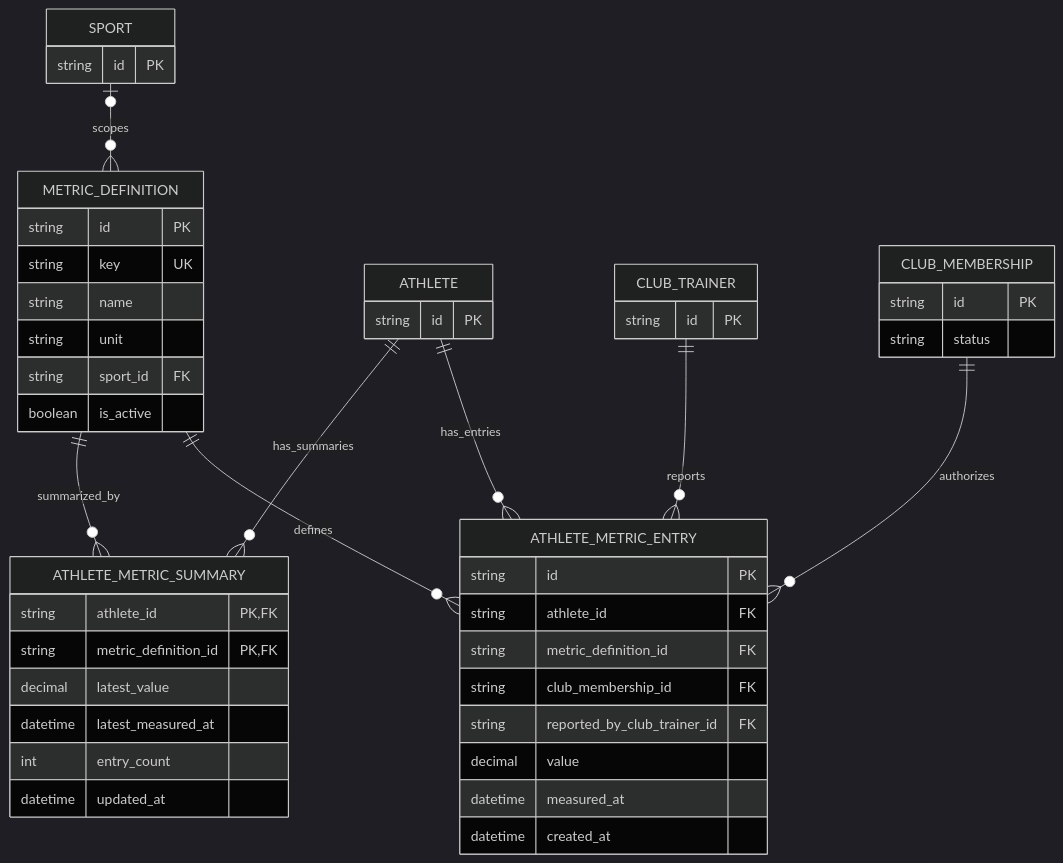
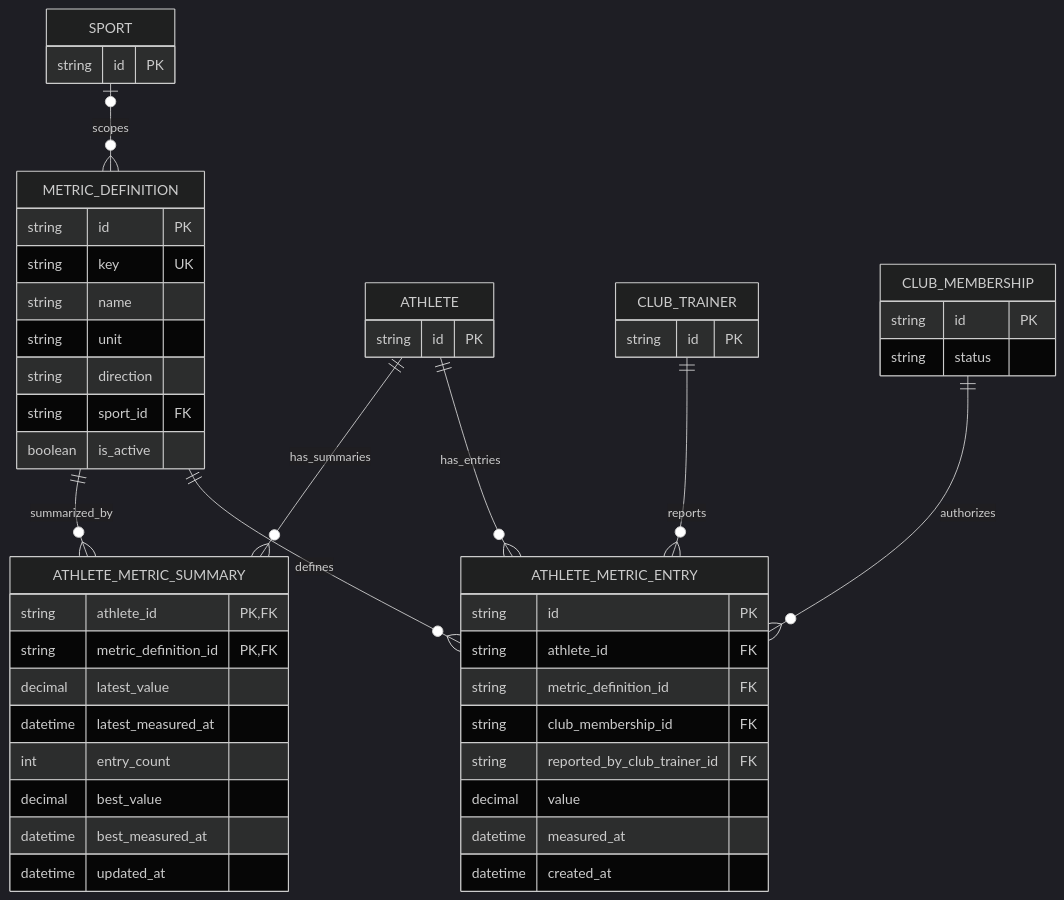
The diagram in docs/erm/sport-metrics.mmd (kamiloc/tetrades), drawn with Mermaid before and after one commit. The commit also changed 17 other files, not shown here.

```diff
--- a/docs/erm/sport-metrics.mmd
+++ b/docs/erm/sport-metrics.mmd
@@ -1,68 +1,71 @@
 ---
 config:
   theme: dark
   layout: dagre
 ---
 
 %% Fragment: sport-metrics. Canonical entities are complete; REFERENCE ONLY entities show just the fields touched by relationships.
 %% Composite: docs/erm.mmd
 %% Rules: ADR-013 and openspec change add-clubs-metrics-visibility-model.
 
 erDiagram
   METRIC_DEFINITION {
     string id PK
     string key UK
     string name
     string unit
+    string direction
     string sport_id FK
     boolean is_active
   }
 
   ATHLETE_METRIC_ENTRY {
     string id PK
     string athlete_id FK
     string metric_definition_id FK
     string club_membership_id FK
     string reported_by_club_trainer_id FK
     decimal value
     datetime measured_at
     datetime created_at
   }
 
   ATHLETE_METRIC_SUMMARY {
     string athlete_id PK,FK
     string metric_definition_id PK,FK
     decimal latest_value
     datetime latest_measured_at
     int entry_count
+    decimal best_value
+    datetime best_measured_at
     datetime updated_at
   }
 
   %% REFERENCE ONLY — canonical definition lives in athlete-profile-core.mmd
   ATHLETE {
     string id PK
   }
 
   %% REFERENCE ONLY — canonical definition lives in athlete-profile-core.mmd
   SPORT {
     string id PK
   }
 
   %% REFERENCE ONLY — canonical definition lives in clubs.mmd
   CLUB_TRAINER {
     string id PK
   }
 
   %% REFERENCE ONLY — canonical definition lives in clubs.mmd
   CLUB_MEMBERSHIP {
     string id PK
     string status
   }
 
   SPORT |o--o{ METRIC_DEFINITION : "scopes"
   METRIC_DEFINITION ||--o{ ATHLETE_METRIC_ENTRY : "defines"
   ATHLETE ||--o{ ATHLETE_METRIC_ENTRY : "has_entries"
   CLUB_TRAINER ||--o{ ATHLETE_METRIC_ENTRY : "reports"
   CLUB_MEMBERSHIP ||--o{ ATHLETE_METRIC_ENTRY : "authorizes"
   METRIC_DEFINITION ||--o{ ATHLETE_METRIC_SUMMARY : "summarized_by"
   ATHLETE ||--o{ ATHLETE_METRIC_SUMMARY : "has_summaries"
```
